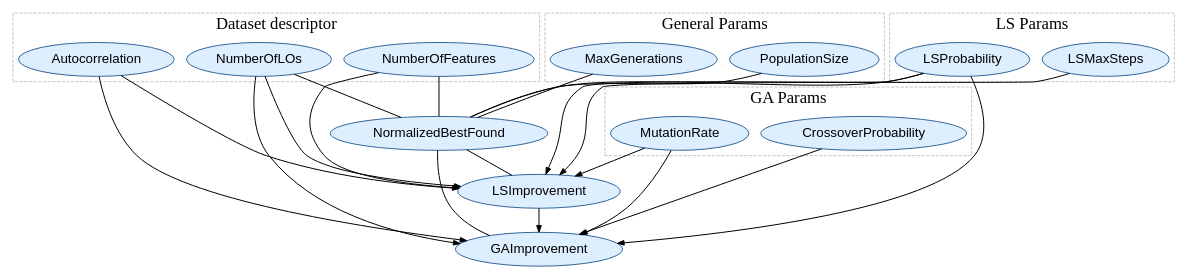
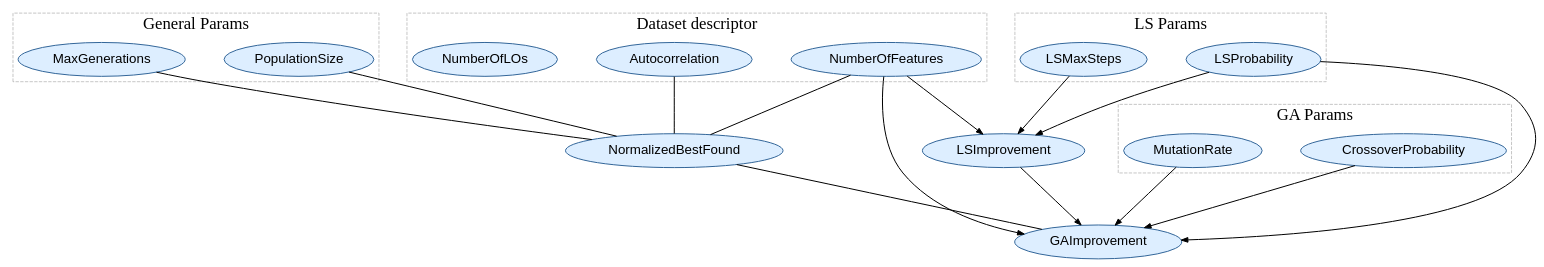
Before and after one commit to alfkristian02/MA-parametric-analysis: the diagram in causal/pc_res/pc_com.dot, drawn with Graphviz. The commit also changed 10 other files, not shown here.

```diff
--- a/causal/pc_res/pc_com.dot
+++ b/causal/pc_res/pc_com.dot
@@ -1,41 +1,39 @@
 digraph {
   rankdir=TB;
+  bgcolor=white;
+  nodesep=0.8;
+  ranksep=1.2;
+  splines=true;
   bgcolor=white;
   node [shape=ellipse fontsize=20 fontname="Helvetica" style=filled fillcolor="#ddeeff" color="#336699" penwidth=1.5 margin=0.1];
   edge [penwidth=1.5 arrowsize=1.0];
   subgraph cluster_dataset {
     label="Dataset descriptor"; style=dashed; color="#aaaaaa"; fontsize=25
     "Autocorrelation"; "NumberOfFeatures"; "NumberOfLOs";
   }
   subgraph cluster_ga {
     label="GA Params"; style=dashed; color="#aaaaaa"; fontsize=25
     "CrossoverProbability"; "MutationRate";
   }
   subgraph cluster_ls {
     label="LS Params"; style=dashed; color="#aaaaaa"; fontsize=25
     "LSProbability"; "LSMaxSteps";
   }
   subgraph cluster_general {
     label="General Params"; style=dashed; color="#aaaaaa"; fontsize=25
     "PopulationSize"; "MaxGenerations";
   }
   "NormalizedBestFound" -> "GAImprovement" [dir=none];
-  "NormalizedBestFound" -> "LSImprovement" [dir=none];
   "CrossoverProbability" -> "GAImprovement";
   "MutationRate" -> "GAImprovement";
-  "MutationRate" -> "LSImprovement";
-  "LSProbability" -> "NormalizedBestFound" [dir=none];
   "LSProbability" -> "GAImprovement";
   "LSProbability" -> "LSImprovement";
   "LSMaxSteps" -> "LSImprovement";
   "LSImprovement" -> "GAImprovement";
   "PopulationSize" -> "NormalizedBestFound" [dir=none];
   "MaxGenerations" -> "NormalizedBestFound" [dir=none];
-  "Autocorrelation" -> "GAImprovement";
-  "Autocorrelation" -> "LSImprovement";
+  "Autocorrelation" -> "NormalizedBestFound" [dir=none];
   "NumberOfFeatures" -> "NormalizedBestFound" [dir=none];
+  "NumberOfFeatures" -> "GAImprovement";
   "NumberOfFeatures" -> "LSImprovement";
-  "NumberOfLOs" -> "NormalizedBestFound" [dir=none];
-  "NumberOfLOs" -> "GAImprovement";
-  "NumberOfLOs" -> "LSImprovement";
 }
```
